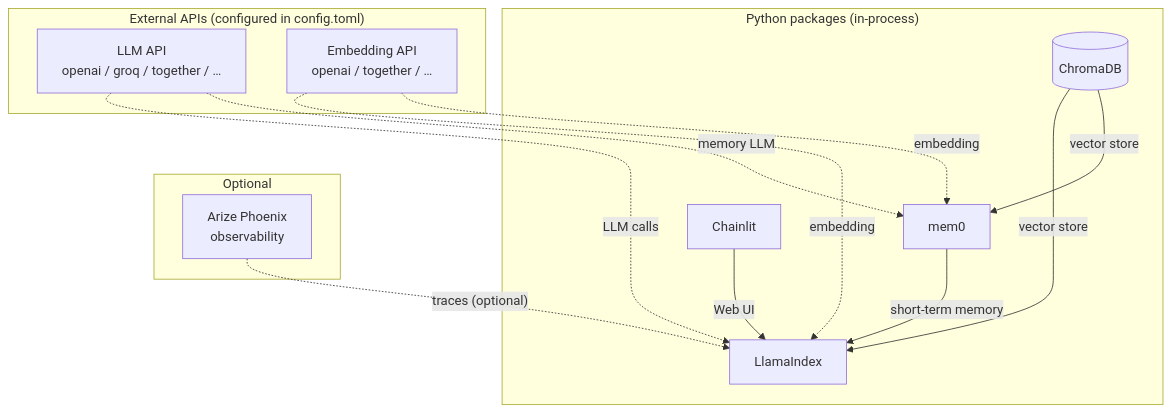
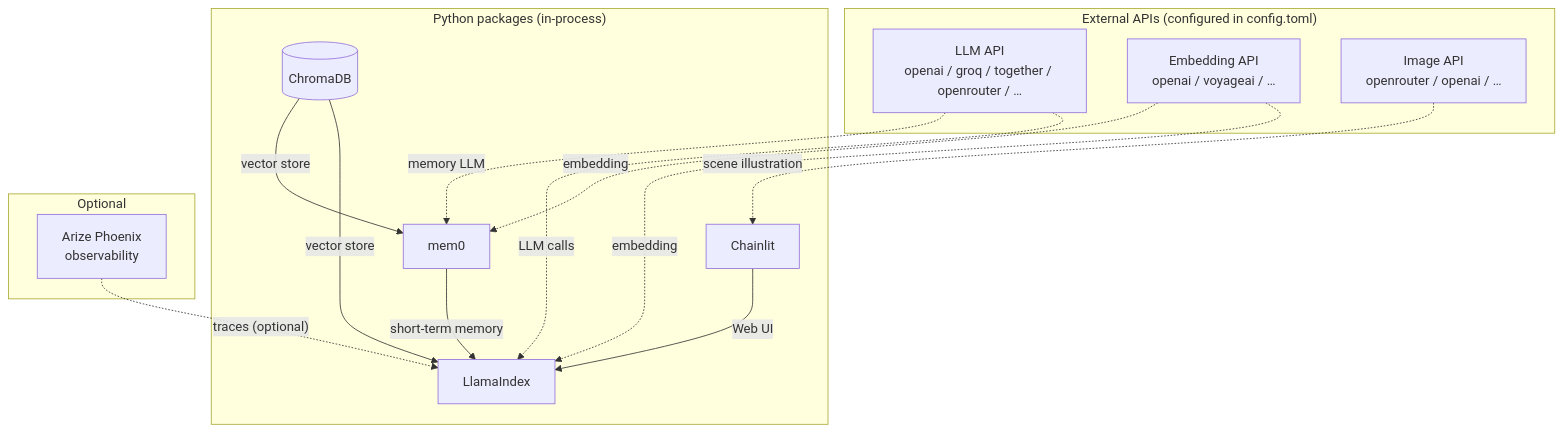
One commit to KanTakahiro/Cocai changed the diagram in README.md. Above: the diagram before and after it, drawn with Mermaid. The commit also changed other lines of this file and 1 other file, not shown here.

First line of the commit message:
Add OpenRouter image generation docs

````diff
--- a/README.md
+++ b/README.md
@@ -57,26 +57,28 @@
 ```mermaid
 flowchart TD
     subgraph "Python packages (in-process)"
         chroma[(ChromaDB)]
         mem0[mem0]
         l[Chainlit]
         c[LlamaIndex]
     end
     subgraph "External APIs (configured in config.toml)"
-        llm_api[LLM API\nopenai / groq / together / …]
-        embed_api[Embedding API\nopenai / together / …]
+        llm_api[LLM API\nopenai / groq / together / openrouter / …]
+        embed_api[Embedding API\nopenai / voyageai / …]
+        image_api[Image API\nopenrouter / openai / …]
     end
     subgraph "Optional"
         phoenix[Arize Phoenix\nobservability]
     end
 
     llm_api -. "LLM calls" .-> c
     embed_api -. "embedding" .-> c
     embed_api -. "embedding" .-> mem0
     llm_api -. "memory LLM" .-> mem0
+    image_api -. "scene illustration" .-> l
     chroma --"vector store"--> c
     chroma --"vector store"--> mem0
     mem0 --"short-term memory"--> c
     l --"Web UI"--> c
     phoenix -. "traces (optional)" .-> c
 ```
````
